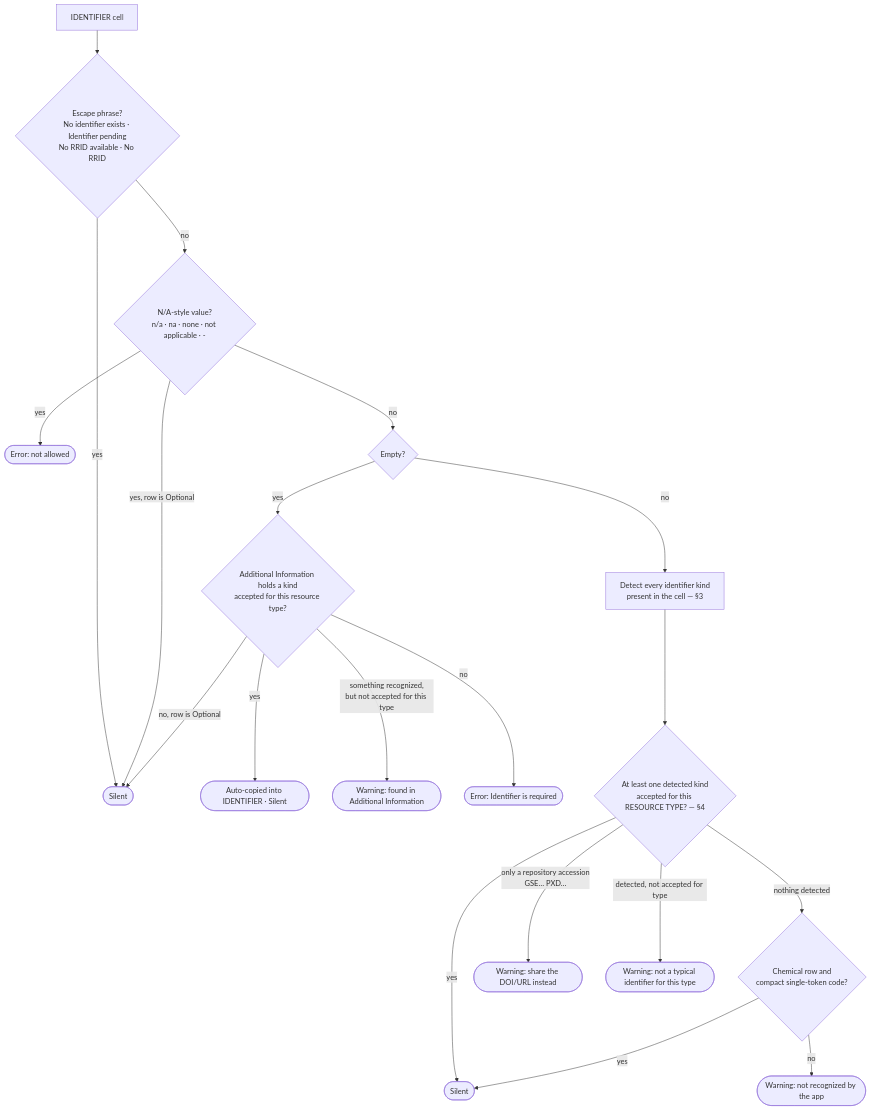
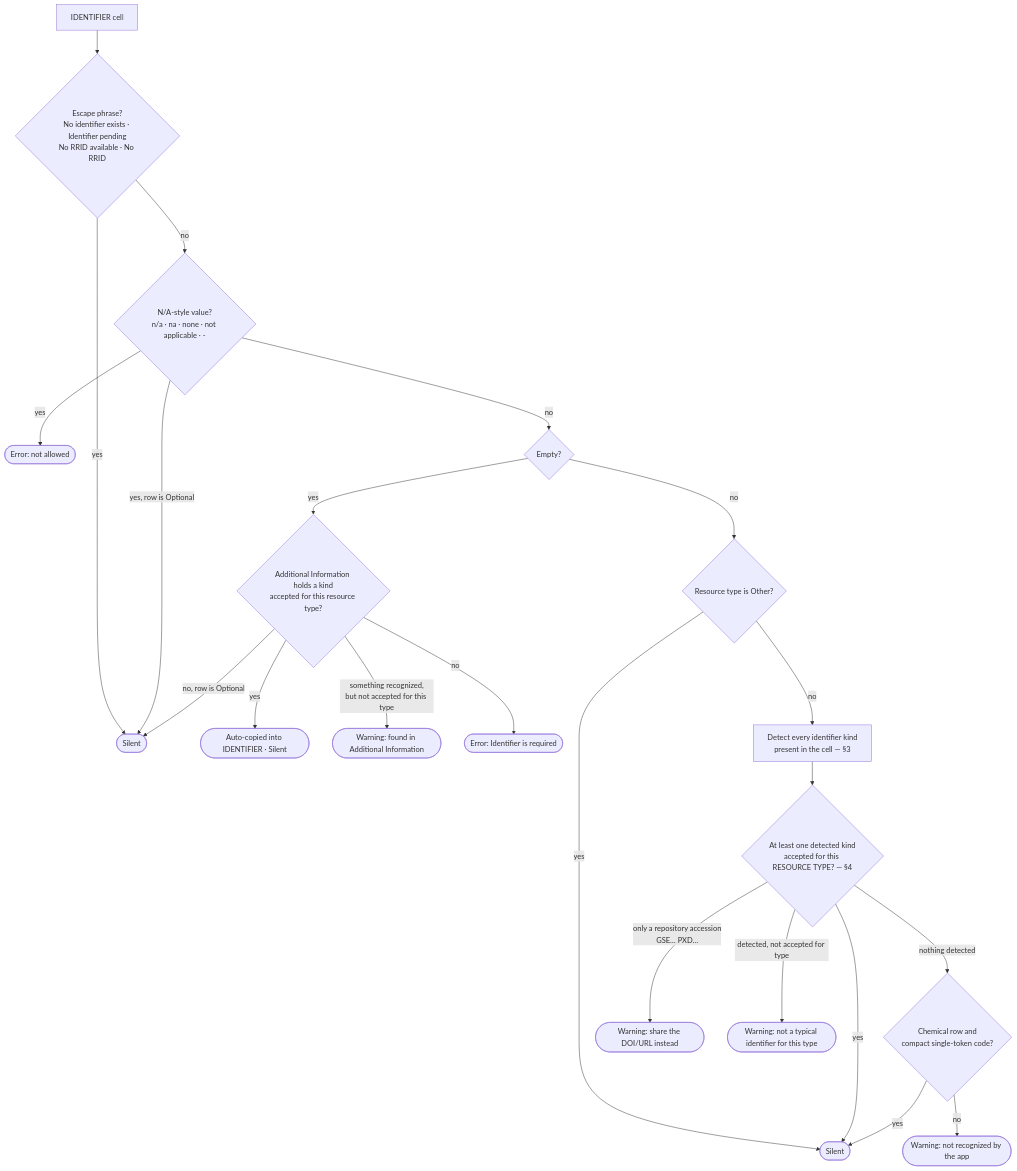
Before and after one commit to DataSeer/asap-kr-sync: the diagram in docs/krt-validation-rules.md, drawn with Mermaid. The commit also changed other lines of this file and 8 other files, not shown here.

First line of the commit message:
feat(krt): fix type casing on import, no format remarks for Other, drop Re-validate

````diff
--- a/docs/krt-validation-rules.md
+++ b/docs/krt-validation-rules.md
@@ -41,22 +41,24 @@
 ```mermaid
 flowchart TD
     A[IDENTIFIER cell] --> B{Escape phrase?<br/>No identifier exists · Identifier pending<br/>No RRID available · No RRID}
     B -- yes --> OK1([Silent])
     B -- no --> C{N/A-style value?<br/>n/a · na · none · not applicable · -}
     C -- yes, row is Optional --> OK1
     C -- yes --> E1([Error: not allowed])
     C -- no --> D{Empty?}
     D -- yes --> D1{Additional Information holds a kind<br/>accepted for this resource type?}
     D1 -- yes --> AC([Auto-copied into IDENTIFIER · Silent])
     D1 -- something recognized,<br/>but not accepted for this type --> W1([Warning: found in Additional Information])
     D1 -- no, row is Optional --> OK1
     D1 -- no --> E2([Error: Identifier is required])
-    D -- no --> F[Detect every identifier kind<br/>present in the cell — §3]
+    D -- no --> O{Resource type is Other?}
+    O -- yes --> OK2([Silent])
+    O -- no --> F[Detect every identifier kind<br/>present in the cell — §3]
     F --> G{At least one detected kind<br/>accepted for this RESOURCE TYPE? — §4}
     G -- yes --> OK2([Silent])
     G -- nothing detected --> H{Chemical row and<br/>compact single-token code?}
     H -- yes --> OK2
     H -- no --> W2([Warning: not recognized by the app])
     G -- only a repository accession<br/>GSE… PXD… --> W3([Warning: share the DOI/URL instead])
     G -- detected, not accepted for type --> W4([Warning: not a typical identifier for this type])
 ```
````
